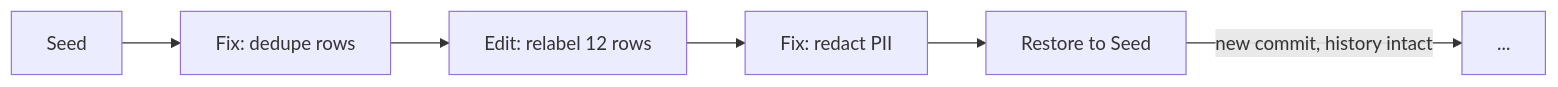
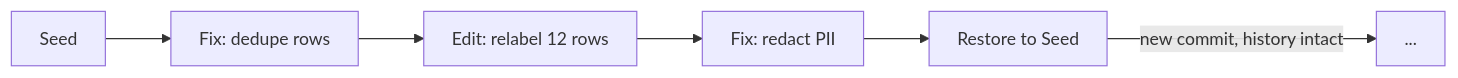
Before and after one commit to overmind-core/docs: the diagram in core/datasets.mdx, drawn with Mermaid. The commit also changed 7 other files, not shown here.

First line of the commit message:
Deepen the brand pass: type, code, sidebar, diagrams, and a richer TOC

````diff
--- a/core/datasets.mdx
+++ b/core/datasets.mdx
@@ -87,8 +87,9 @@
 ```mermaid
+%%{init: {"flowchart": {"nodeSpacing": 48, "rankSpacing": 56, "padding": 12, "curve": "basis"}, "themeVariables": {"fontSize": "15px", "fontFamily": "PP Neue Montreal, system-ui, sans-serif"}}}%%
 flowchart LR
     A[Seed] --> B[Fix: dedupe rows]
     B --> C[Edit: relabel 12 rows]
     C --> D[Fix: redact PII]
     D --> E[Restore to Seed]
     E -->|new commit, history intact| F[...]
 ```
````
